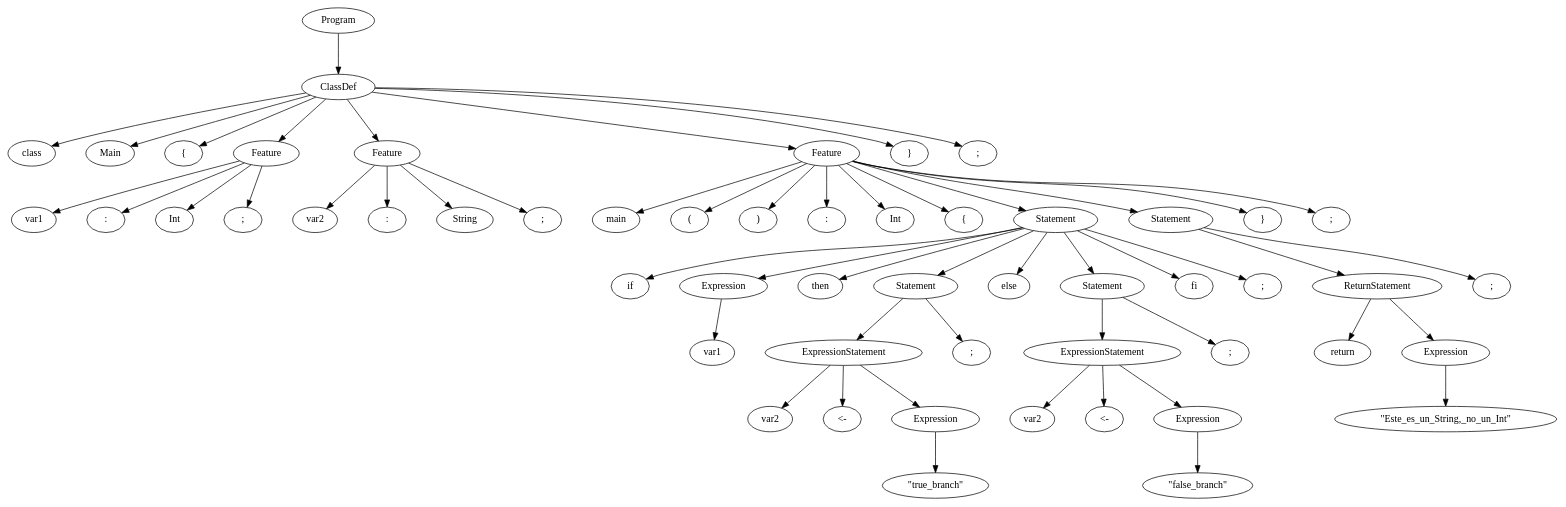
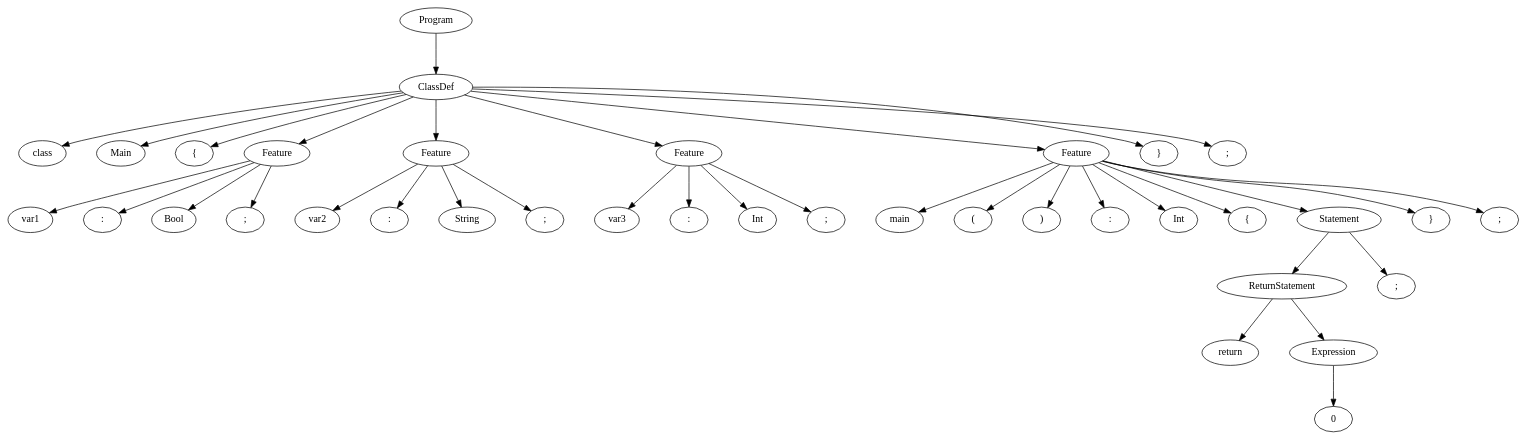
Before and after one commit to JessicaOI/Lab0: the diagram in Lab1/tree.dot, drawn with Graphviz. The commit also changed 3 other files, not shown here.

```diff
--- a/Lab1/tree.dot
+++ b/Lab1/tree.dot
@@ -1,112 +1,78 @@
 digraph tree {
 rankdir=TB;
 nodesep=0.6;
 ranksep=0.8;
-    "Program_1539497681408" [label="Program"];
-    "ClassDef_1539497681520" [label="ClassDef"];
-    "class_1539497716416" [label="class"];
-    "Main_1539497716224" [label="Main"];
-    "{_1539497716160" [label="{"];
-    "Feature_1539497681632" [label="Feature"];
-    "var1_1539497715584" [label="var1"];
-    ":_1539497715840" [label=":"];
-    "Int_1539497716672" [label="Int"];
-    ";_1539497716736" [label=";"];
-    "Feature_1539497681856" [label="Feature"];
-    "var2_1539497716480" [label="var2"];
-    ":_1539497716864" [label=":"];
-    "String_1539497716928" [label="String"];
-    ";_1539497716992" [label=";"];
-    "Feature_1539497681968" [label="Feature"];
-    "main_1539497717056" [label="main"];
-    "(_1539497717120" [label="("];
-    ")_1539497717184" [label=")"];
-    ":_1539497717248" [label=":"];
-    "Int_1539497717312" [label="Int"];
-    "{_1539497717440" [label="{"];
-    "Statement_1539497682080" [label="Statement"];
-    "if_1539497717504" [label="if"];
-    "Expression_1539497682528" [label="Expression"];
-    "var1_1539497717568" [label="var1"];
-    "then_1539497717632" [label="then"];
-    "Statement_1539497681744" [label="Statement"];
-    "ExpressionStatement_1539497682304" [label="ExpressionStatement"];
-    "var2_1539497717696" [label="var2"];
-    "<-_1539497717824" [label="<-"];
-    "Expression_1539497682192" [label="Expression"];
-    "\\\"true_branch\\\"_1539497717888" [label="\"true_branch\""];
-    ";_1539497718016" [label=";"];
-    "else_1539497718080" [label="else"];
-    "Statement_1539497682416" [label="Statement"];
-    "ExpressionStatement_1539497682640" [label="ExpressionStatement"];
-    "var2_1539497718272" [label="var2"];
-    "<-_1539497718400" [label="<-"];
-    "Expression_1539497682752" [label="Expression"];
-    "\\\"false_branch\\\"_1539497718464" [label="\"false_branch\""];
-    ";_1539497718592" [label=";"];
-    "fi_1539497718656" [label="fi"];
-    ";_1539497718720" [label=";"];
-    "Statement_1539497682864" [label="Statement"];
-    "ReturnStatement_1539497682976" [label="ReturnStatement"];
-    "return_1539497718848" [label="return"];
-    "Expression_1539497683088" [label="Expression"];
-    "\\\"Este_es_un_String,_no_un_Int\\\"_1539497718976" [label="\"Este_es_un_String,_no_un_Int\""];
-    ";_1539497719104" [label=";"];
-    "}_1539497719168" [label="}"];
-    ";_1539497717376" [label=";"];
-    "}_1539497719232" [label="}"];
-    ";_1539497719424" [label=";"];
-    "Program_1539497681408" -> "ClassDef_1539497681520";
-    "ClassDef_1539497681520" -> "class_1539497716416";
-    "ClassDef_1539497681520" -> "Main_1539497716224";
-    "ClassDef_1539497681520" -> "{_1539497716160";
-    "ClassDef_1539497681520" -> "Feature_1539497681632";
-    "ClassDef_1539497681520" -> "Feature_1539497681856";
-    "ClassDef_1539497681520" -> "Feature_1539497681968";
-    "ClassDef_1539497681520" -> "}_1539497719232";
-    "ClassDef_1539497681520" -> ";_1539497719424";
-    "Feature_1539497681632" -> "var1_1539497715584";
-    "Feature_1539497681632" -> ":_1539497715840";
-    "Feature_1539497681632" -> "Int_1539497716672";
-    "Feature_1539497681632" -> ";_1539497716736";
-    "Feature_1539497681856" -> "var2_1539497716480";
-    "Feature_1539497681856" -> ":_1539497716864";
-    "Feature_1539497681856" -> "String_1539497716928";
-    "Feature_1539497681856" -> ";_1539497716992";
-    "Feature_1539497681968" -> "main_1539497717056";
-    "Feature_1539497681968" -> "(_1539497717120";
-    "Feature_1539497681968" -> ")_1539497717184";
-    "Feature_1539497681968" -> ":_1539497717248";
-    "Feature_1539497681968" -> "Int_1539497717312";
-    "Feature_1539497681968" -> "{_1539497717440";
-    "Feature_1539497681968" -> "Statement_1539497682080";
-    "Feature_1539497681968" -> "Statement_1539497682864";
-    "Feature_1539497681968" -> "}_1539497719168";
-    "Feature_1539497681968" -> ";_1539497717376";
-    "Statement_1539497682080" -> "if_1539497717504";
-    "Statement_1539497682080" -> "Expression_1539497682528";
-    "Statement_1539497682080" -> "then_1539497717632";
-    "Statement_1539497682080" -> "Statement_1539497681744";
-    "Statement_1539497682080" -> "else_1539497718080";
-    "Statement_1539497682080" -> "Statement_1539497682416";
-    "Statement_1539497682080" -> "fi_1539497718656";
-    "Statement_1539497682080" -> ";_1539497718720";
-    "Expression_1539497682528" -> "var1_1539497717568";
-    "Statement_1539497681744" -> "ExpressionStatement_1539497682304";
-    "Statement_1539497681744" -> ";_1539497718016";
-    "ExpressionStatement_1539497682304" -> "var2_1539497717696";
-    "ExpressionStatement_1539497682304" -> "<-_1539497717824";
-    "ExpressionStatement_1539497682304" -> "Expression_1539497682192";
-    "Expression_1539497682192" -> "\\\"true_branch\\\"_1539497717888";
-    "Statement_1539497682416" -> "ExpressionStatement_1539497682640";
-    "Statement_1539497682416" -> ";_1539497718592";
-    "ExpressionStatement_1539497682640" -> "var2_1539497718272";
-    "ExpressionStatement_1539497682640" -> "<-_1539497718400";
-    "ExpressionStatement_1539497682640" -> "Expression_1539497682752";
-    "Expression_1539497682752" -> "\\\"false_branch\\\"_1539497718464";
-    "Statement_1539497682864" -> "ReturnStatement_1539497682976";
-    "Statement_1539497682864" -> ";_1539497719104";
-    "ReturnStatement_1539497682976" -> "return_1539497718848";
-    "ReturnStatement_1539497682976" -> "Expression_1539497683088";
-    "Expression_1539497683088" -> "\\\"Este_es_un_String,_no_un_Int\\\"_1539497718976";
+    "Program_2750386817168" [label="Program"];
+    "ClassDef_2750386816272" [label="ClassDef"];
+    "class_2750386918016" [label="class"];
+    "Main_2750386919232" [label="Main"];
+    "{_2750386925312" [label="{"];
+    "Feature_2750386816384" [label="Feature"];
+    "var1_2750386915392" [label="var1"];
+    ":_2750386928064" [label=":"];
+    "Bool_2750386928192" [label="Bool"];
+    ";_2750386929088" [label=";"];
+    "Feature_2750386816832" [label="Feature"];
+    "var2_2750386918144" [label="var2"];
+    ":_2750386928512" [label=":"];
+    "String_2750386926144" [label="String"];
+    ";_2750386926208" [label=";"];
+    "Feature_2750386816048" [label="Feature"];
+    "var3_2750386913344" [label="var3"];
+    ":_2750386924800" [label=":"];
+    "Int_2750386913856" [label="Int"];
+    ";_2750386913600" [label=";"];
+    "Feature_2750386817280" [label="Feature"];
+    "main_2750386913728" [label="main"];
+    "(_2750386928960" [label="("];
+    ")_2750386913792" [label=")"];
+    ":_2750386921408" [label=":"];
+    "Int_2750386913472" [label="Int"];
+    "{_2750386913984" [label="{"];
+    "Statement_2750386817616" [label="Statement"];
+    "ReturnStatement_2750386817504" [label="ReturnStatement"];
+    "return_2750386922624" [label="return"];
+    "Expression_2750386816160" [label="Expression"];
+    "0_2750386919616" [label="0"];
+    ";_2750386914112" [label=";"];
+    "}_2750386913536" [label="}"];
+    ";_2750386928320" [label=";"];
+    "}_2750386918464" [label="}"];
+    ";_2750386927040" [label=";"];
+    "Program_2750386817168" -> "ClassDef_2750386816272";
+    "ClassDef_2750386816272" -> "class_2750386918016";
+    "ClassDef_2750386816272" -> "Main_2750386919232";
+    "ClassDef_2750386816272" -> "{_2750386925312";
+    "ClassDef_2750386816272" -> "Feature_2750386816384";
+    "ClassDef_2750386816272" -> "Feature_2750386816832";
+    "ClassDef_2750386816272" -> "Feature_2750386816048";
+    "ClassDef_2750386816272" -> "Feature_2750386817280";
+    "ClassDef_2750386816272" -> "}_2750386918464";
+    "ClassDef_2750386816272" -> ";_2750386927040";
+    "Feature_2750386816384" -> "var1_2750386915392";
+    "Feature_2750386816384" -> ":_2750386928064";
+    "Feature_2750386816384" -> "Bool_2750386928192";
+    "Feature_2750386816384" -> ";_2750386929088";
+    "Feature_2750386816832" -> "var2_2750386918144";
+    "Feature_2750386816832" -> ":_2750386928512";
+    "Feature_2750386816832" -> "String_2750386926144";
+    "Feature_2750386816832" -> ";_2750386926208";
+    "Feature_2750386816048" -> "var3_2750386913344";
+    "Feature_2750386816048" -> ":_2750386924800";
+    "Feature_2750386816048" -> "Int_2750386913856";
+    "Feature_2750386816048" -> ";_2750386913600";
+    "Feature_2750386817280" -> "main_2750386913728";
+    "Feature_2750386817280" -> "(_2750386928960";
+    "Feature_2750386817280" -> ")_2750386913792";
+    "Feature_2750386817280" -> ":_2750386921408";
+    "Feature_2750386817280" -> "Int_2750386913472";
+    "Feature_2750386817280" -> "{_2750386913984";
+    "Feature_2750386817280" -> "Statement_2750386817616";
+    "Feature_2750386817280" -> "}_2750386913536";
+    "Feature_2750386817280" -> ";_2750386928320";
+    "Statement_2750386817616" -> "ReturnStatement_2750386817504";
+    "Statement_2750386817616" -> ";_2750386914112";
+    "ReturnStatement_2750386817504" -> "return_2750386922624";
+    "ReturnStatement_2750386817504" -> "Expression_2750386816160";
+    "Expression_2750386816160" -> "0_2750386919616";
 }
```
